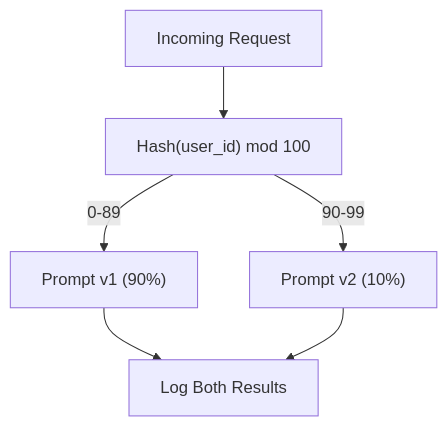
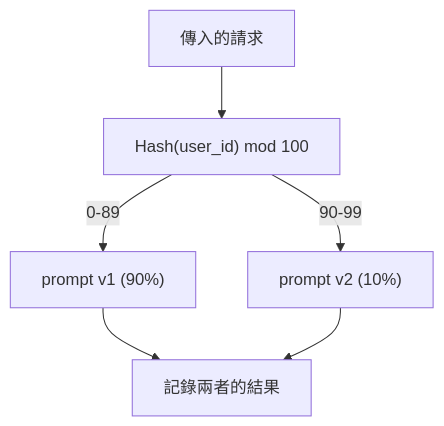
One commit to edward821220/ai-engineering-from-scratch changed the third of 3 diagrams in i18n/zh-TW/phases/11-llm-engineering/13-production-app/docs/zh-TW.md. Above: the diagram before and after it, drawn with Mermaid. The commit also changed other lines of this file and 123 other files, not shown here.

````diff
--- a/i18n/zh-TW/phases/11-llm-engineering/13-production-app/docs/zh-TW.md
+++ b/i18n/zh-TW/phases/11-llm-engineering/13-production-app/docs/zh-TW.md
@@ -177,14 +177,14 @@
 ```mermaid
 graph TD
-    R["Incoming Request"]
+    R["傳入的請求"]
     H["Hash(user_id) mod 100"]
-    A["Prompt v1 (90%)"]
-    B["Prompt v2 (10%)"]
-    L["Log Both Results"]
+    A["prompt v1 (90%)"]
+    B["prompt v2 (10%)"]
+    L["記錄兩者的結果"]
     
     R --> H
     H -->|0-89| A
     H -->|90-99| B
     A --> L
     B --> L
 ```
````
